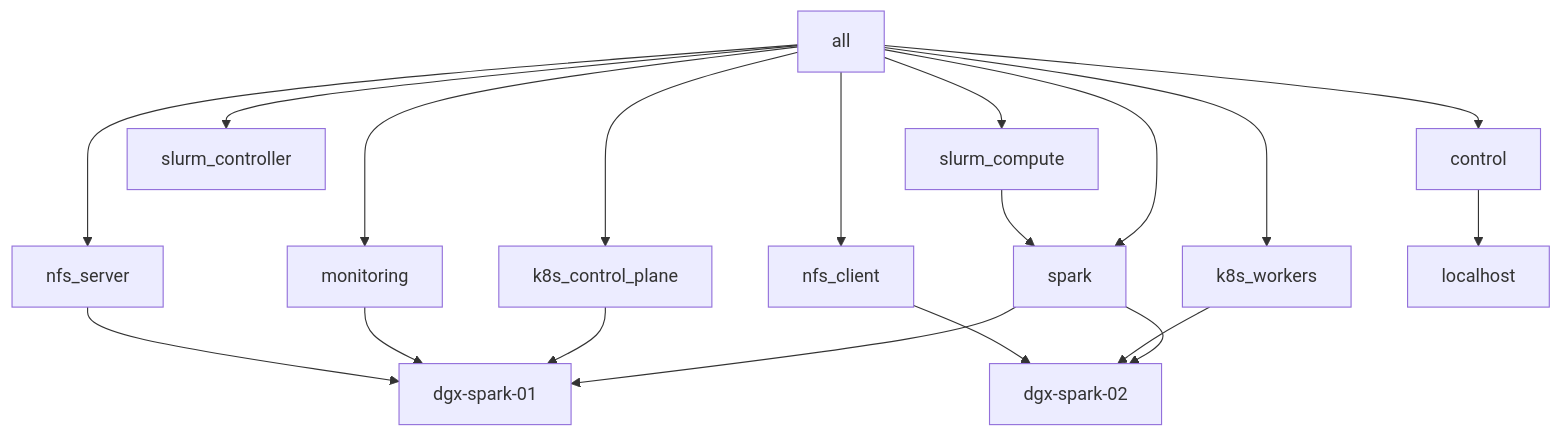
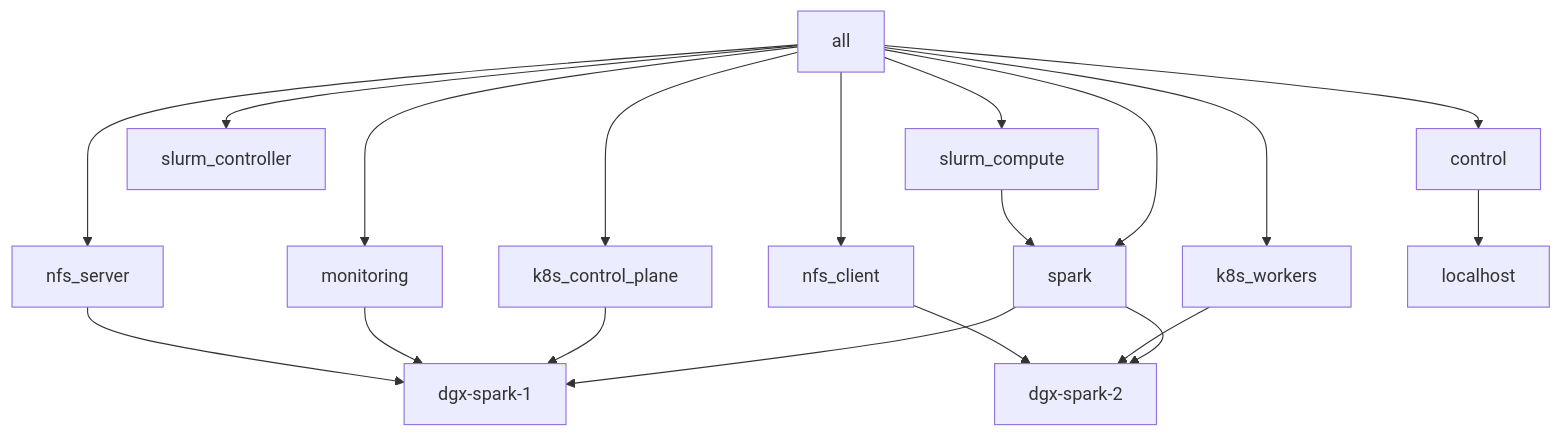
The second of 2 diagrams in 01 Ansible/01-ansible-core-deep-dive.md (cloudone365/technical-depth), drawn with Mermaid before and after one commit. The commit also changed other lines of this file and 91 other files, not shown here.

First line of the commit message:
Rename the Spark hosts to dgx-spark-1 / dgx-spark-2

````diff
--- a/01 Ansible/01-ansible-core-deep-dive.md
+++ b/01 Ansible/01-ansible-core-deep-dive.md
@@ -70,13 +70,13 @@
 ```mermaid
 flowchart TB
   all --> spark
   all --> control & k8s_control_plane & k8s_workers & slurm_controller & slurm_compute & monitoring & nfs_server & nfs_client
   control --> lh[localhost]
-  spark --> s1[dgx-spark-01] & s2[dgx-spark-02]
+  spark --> s1[dgx-spark-1] & s2[dgx-spark-2]
   k8s_control_plane --> s1
   k8s_workers --> s2
   slurm_compute --> spark
   monitoring --> s1
   nfs_server --> s1
   nfs_client --> s2
 ```
````
